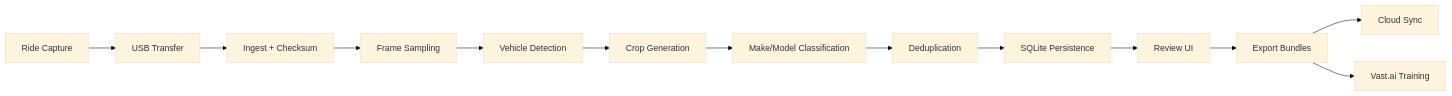
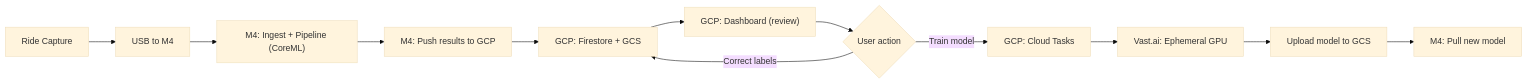
The second of 5 diagrams in README.md (ParkWardRR/CurbScout), drawn with Mermaid (base theme) before and after one commit. The commit also changed other lines of this file and 1 other file, not shown here.

First line of the commit message:
Architect three-tier hub-and-spoke: GCP orchestrates M4 + Vast.ai

````diff
--- a/README.md
+++ b/README.md
@@ -75,15 +116,14 @@
 ```mermaid
 flowchart LR
-    A["Ride Capture"] --> B["USB Transfer"]
-    B --> C["Ingest + Checksum"]
-    C --> D["Frame Sampling"]
-    D --> E["Vehicle Detection"]
-    E --> F["Crop Generation"]
-    F --> G["Make/Model Classification"]
-    G --> H["Deduplication"]
-    H --> I["SQLite Persistence"]
-    I --> J["Review UI"]
-    J --> K["Export Bundles"]
-    K --> L["Cloud Sync"]
-    K --> M["Vast.ai Training"]
+    A["Ride Capture"] --> B["USB to M4"]
+    B --> C["M4: Ingest + Pipeline (CoreML)"]
+    C --> D["M4: Push results to GCP"]
+    D --> E["GCP: Firestore + GCS"]
+    E --> F["GCP: Dashboard (review)"]
+    F --> G{"User action"}
+    G -->|"Correct labels"| E
+    G -->|"Train model"| H["GCP: Cloud Tasks"]
+    H --> I["Vast.ai: Ephemeral GPU"]
+    I --> J["Upload model to GCS"]
+    J --> K["M4: Pull new model"]
 ```
````
